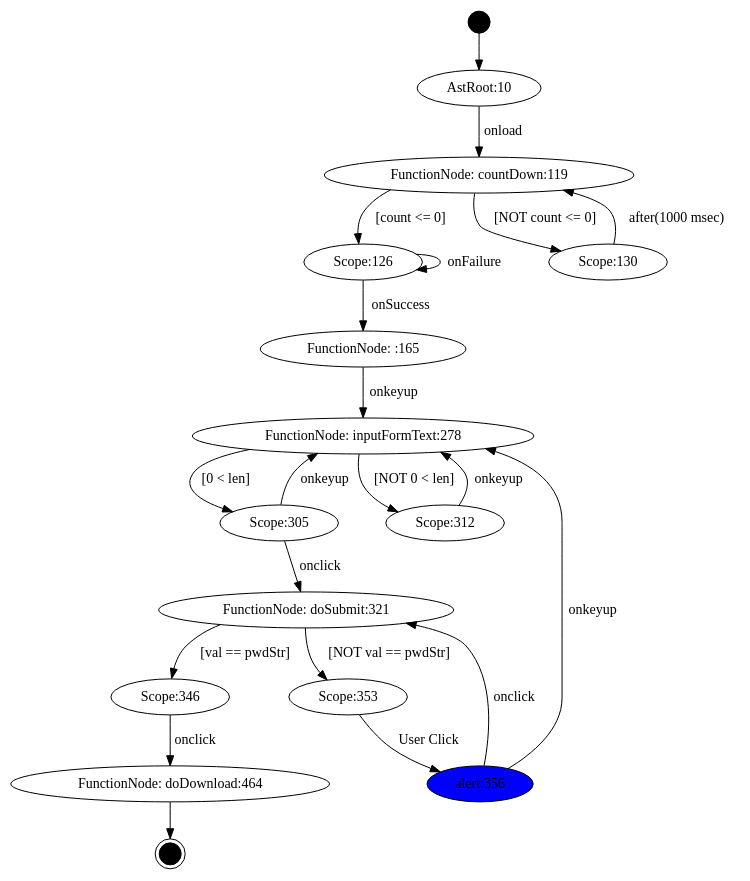
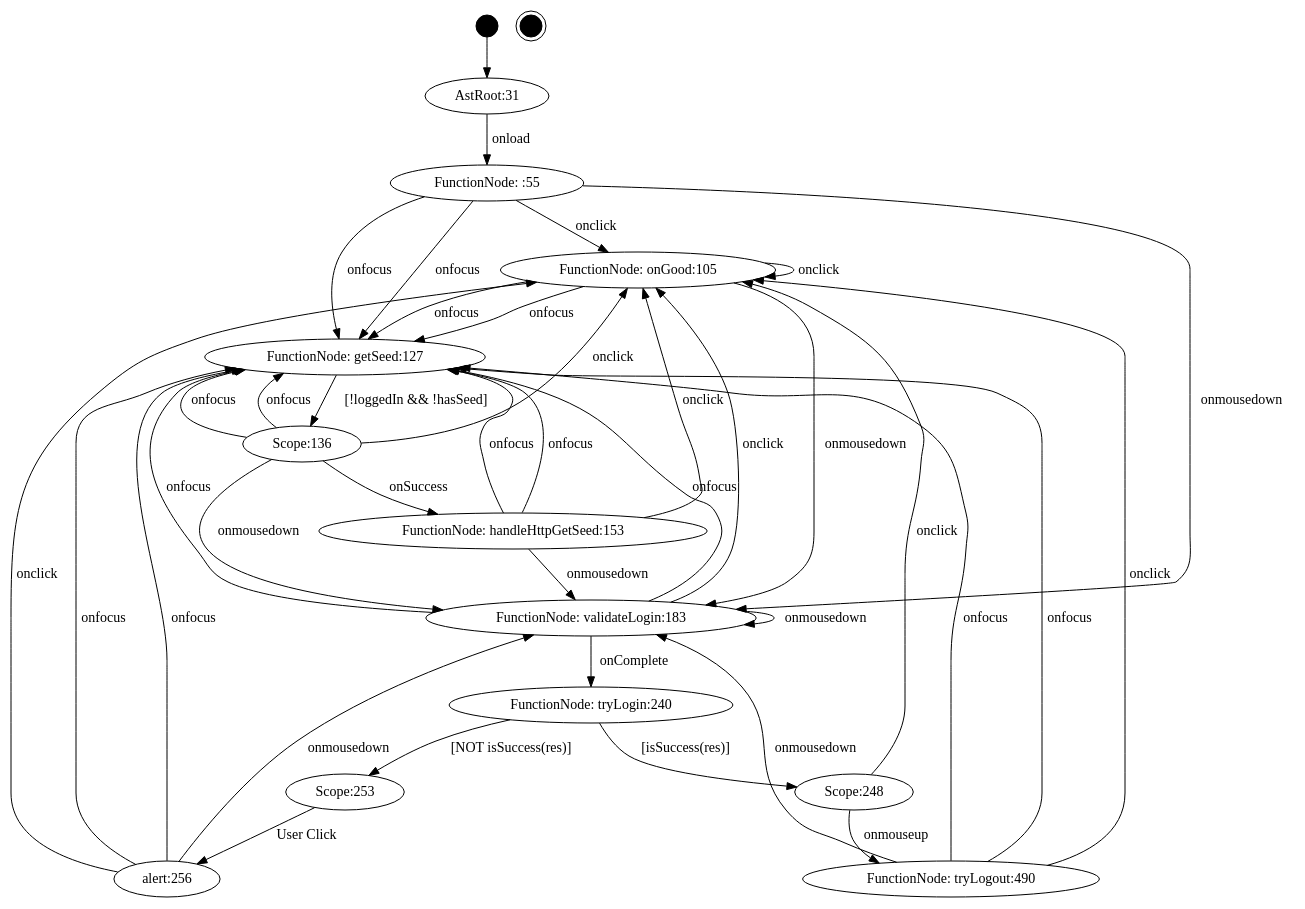
One commit to mzw/JSAnalyzer changed the diagram in projects/test2/model/fsm.dot. Above: the diagram before and after it, drawn with Graphviz. The commit also changed 94 other files, not shown here.

```diff
--- a/projects/test2/model/fsm.dot
+++ b/projects/test2/model/fsm.dot
@@ -1,37 +1,54 @@
 digraph FSM {
-JSAnalyzer_0000002000[label="",shape=circle,style=filled,color=black,fixedsize=true,width=0.3];
-JSAnalyzer_0000002002[label="",shape=doublecircle,style=filled,color=black,fixedsize=true,width=0.3];
-JSAnalyzer_0000000010[label="AstRoot:10"];
-JSAnalyzer_0000000119[label="FunctionNode: countDown:119"];
-JSAnalyzer_0000000126[label="Scope:126"];
-JSAnalyzer_0000000130[label="Scope:130"];
-JSAnalyzer_0000000165[label="FunctionNode: :165"];
-JSAnalyzer_0000000278[label="FunctionNode: inputFormText:278"];
-JSAnalyzer_0000000305[label="Scope:305"];
-JSAnalyzer_0000000312[label="Scope:312"];
-JSAnalyzer_0000000321[label="FunctionNode: doSubmit:321"];
-JSAnalyzer_0000000346[label="Scope:346"];
-JSAnalyzer_0000000353[label="Scope:353"];
-JSAnalyzer_0000000464[label="FunctionNode: doDownload:464"];
-JSAnalyzer_0000000356[label="alert:356", style="filled", fillcolor="blue"];
-JSAnalyzer_0000002000 -> JSAnalyzer_0000000010;
-JSAnalyzer_0000000119 -> JSAnalyzer_0000000126[label="[count <= 0]"];
-JSAnalyzer_0000000119 -> JSAnalyzer_0000000130[label="[NOT count <= 0]"];
-JSAnalyzer_0000000278 -> JSAnalyzer_0000000305[label="[0 < len]"];
-JSAnalyzer_0000000278 -> JSAnalyzer_0000000312[label="[NOT 0 < len]"];
-JSAnalyzer_0000000321 -> JSAnalyzer_0000000346[label="[val == pwdStr]"];
-JSAnalyzer_0000000321 -> JSAnalyzer_0000000353[label="[NOT val == pwdStr]"];
-JSAnalyzer_0000000010 -> JSAnalyzer_0000000119[label="onload"];
-JSAnalyzer_0000000126 -> JSAnalyzer_0000000165[label="onSuccess"];
-JSAnalyzer_0000000126 -> JSAnalyzer_0000000126[label="onFailure"];
-JSAnalyzer_0000000130 -> JSAnalyzer_0000000119[label="after(1000 msec)"];
-JSAnalyzer_0000000165 -> JSAnalyzer_0000000278[label="onkeyup"];
-JSAnalyzer_0000000305 -> JSAnalyzer_0000000278[label="onkeyup"];
-JSAnalyzer_0000000305 -> JSAnalyzer_0000000321[label="onclick"];
-JSAnalyzer_0000000312 -> JSAnalyzer_0000000278[label="onkeyup"];
-JSAnalyzer_0000000346 -> JSAnalyzer_0000000464[label="onclick"];
-JSAnalyzer_0000000353 -> JSAnalyzer_0000000356[label="User Click"];
-JSAnalyzer_0000000356 -> JSAnalyzer_0000000278[label="onkeyup"];
-JSAnalyzer_0000000356 -> JSAnalyzer_0000000321[label="onclick"];
-JSAnalyzer_0000000464 -> JSAnalyzer_0000002002[label=""];
+JSAnalyzer_0000002377[label="",shape=circle,style=filled,color=black,fixedsize=true,width=0.3];
+JSAnalyzer_0000002379[label="",shape=doublecircle,style=filled,color=black,fixedsize=true,width=0.3];
+JSAnalyzer_0000000031[label="AstRoot:31"];
+JSAnalyzer_0000000055[label="FunctionNode: :55"];
+JSAnalyzer_0000000105[label="FunctionNode: onGood:105"];
+JSAnalyzer_0000000127[label="FunctionNode: getSeed:127"];
+JSAnalyzer_0000000136[label="Scope:136"];
+JSAnalyzer_0000000153[label="FunctionNode: handleHttpGetSeed:153"];
+JSAnalyzer_0000000183[label="FunctionNode: validateLogin:183"];
+JSAnalyzer_0000000240[label="FunctionNode: tryLogin:240"];
+JSAnalyzer_0000000248[label="Scope:248"];
+JSAnalyzer_0000000253[label="Scope:253"];
+JSAnalyzer_0000000490[label="FunctionNode: tryLogout:490"];
+JSAnalyzer_0000000256[label="alert:256"];
+JSAnalyzer_0000002377 -> JSAnalyzer_0000000031;
+JSAnalyzer_0000000127 -> JSAnalyzer_0000000136[label="[!loggedIn && !hasSeed]"];
+JSAnalyzer_0000000240 -> JSAnalyzer_0000000248[label="[isSuccess(res)]"];
+JSAnalyzer_0000000240 -> JSAnalyzer_0000000253[label="[NOT isSuccess(res)]"];
+JSAnalyzer_0000000031 -> JSAnalyzer_0000000055[label="onload"];
+JSAnalyzer_0000000055 -> JSAnalyzer_0000000127[label="onfocus"];
+JSAnalyzer_0000000055 -> JSAnalyzer_0000000127[label="onfocus"];
+JSAnalyzer_0000000055 -> JSAnalyzer_0000000183[label="onmousedown"];
+JSAnalyzer_0000000055 -> JSAnalyzer_0000000105[label="onclick"];
+JSAnalyzer_0000000105 -> JSAnalyzer_0000000127[label="onfocus"];
+JSAnalyzer_0000000105 -> JSAnalyzer_0000000127[label="onfocus"];
+JSAnalyzer_0000000105 -> JSAnalyzer_0000000183[label="onmousedown"];
+JSAnalyzer_0000000105 -> JSAnalyzer_0000000105[label="onclick"];
+JSAnalyzer_0000000136 -> JSAnalyzer_0000000153[label="onSuccess"];
+JSAnalyzer_0000000136 -> JSAnalyzer_0000000127[label="onfocus"];
+JSAnalyzer_0000000136 -> JSAnalyzer_0000000127[label="onfocus"];
+JSAnalyzer_0000000136 -> JSAnalyzer_0000000183[label="onmousedown"];
+JSAnalyzer_0000000136 -> JSAnalyzer_0000000105[label="onclick"];
+JSAnalyzer_0000000153 -> JSAnalyzer_0000000127[label="onfocus"];
+JSAnalyzer_0000000153 -> JSAnalyzer_0000000127[label="onfocus"];
+JSAnalyzer_0000000153 -> JSAnalyzer_0000000183[label="onmousedown"];
+JSAnalyzer_0000000153 -> JSAnalyzer_0000000105[label="onclick"];
+JSAnalyzer_0000000183 -> JSAnalyzer_0000000240[label="onComplete"];
+JSAnalyzer_0000000183 -> JSAnalyzer_0000000127[label="onfocus"];
+JSAnalyzer_0000000183 -> JSAnalyzer_0000000127[label="onfocus"];
+JSAnalyzer_0000000183 -> JSAnalyzer_0000000183[label="onmousedown"];
+JSAnalyzer_0000000183 -> JSAnalyzer_0000000105[label="onclick"];
+JSAnalyzer_0000000248 -> JSAnalyzer_0000000490[label="onmouseup"];
+JSAnalyzer_0000000248 -> JSAnalyzer_0000000105[label="onclick"];
+JSAnalyzer_0000000253 -> JSAnalyzer_0000000256[label="User Click"];
+JSAnalyzer_0000000490 -> JSAnalyzer_0000000127[label="onfocus"];
+JSAnalyzer_0000000490 -> JSAnalyzer_0000000127[label="onfocus"];
+JSAnalyzer_0000000490 -> JSAnalyzer_0000000183[label="onmousedown"];
+JSAnalyzer_0000000490 -> JSAnalyzer_0000000105[label="onclick"];
+JSAnalyzer_0000000256 -> JSAnalyzer_0000000127[label="onfocus"];
+JSAnalyzer_0000000256 -> JSAnalyzer_0000000127[label="onfocus"];
+JSAnalyzer_0000000256 -> JSAnalyzer_0000000183[label="onmousedown"];
+JSAnalyzer_0000000256 -> JSAnalyzer_0000000105[label="onclick"];
 }
```
